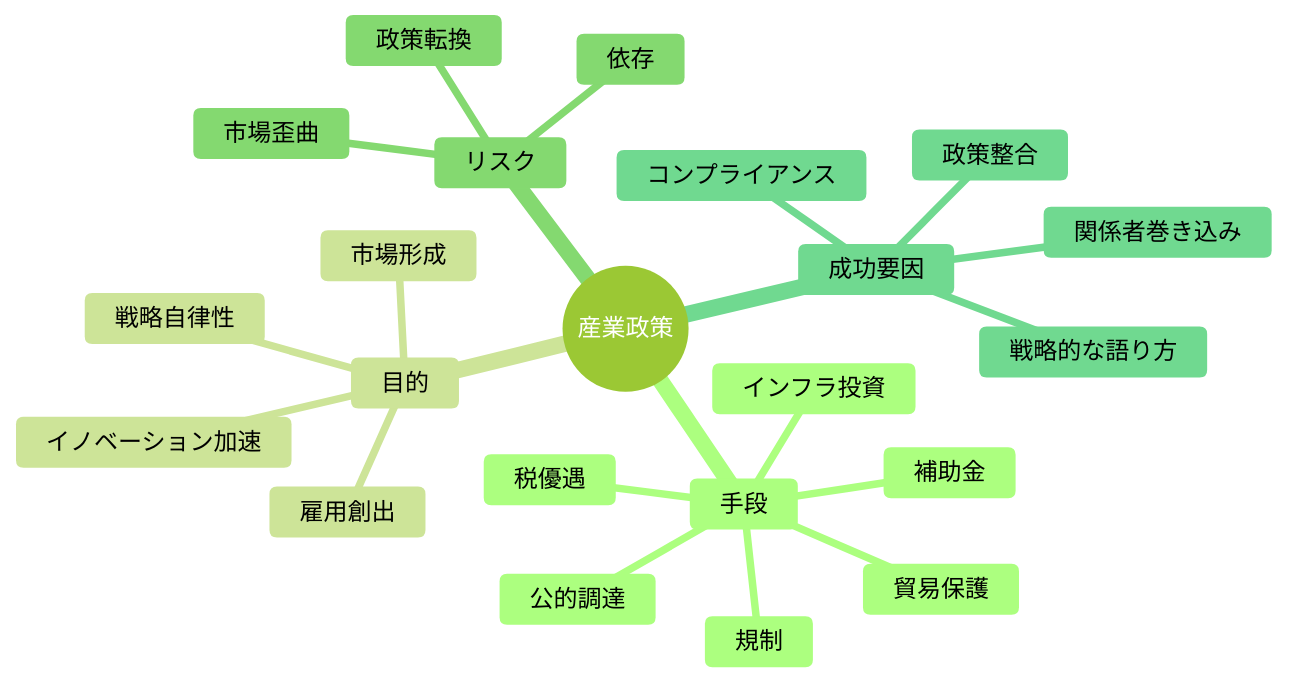
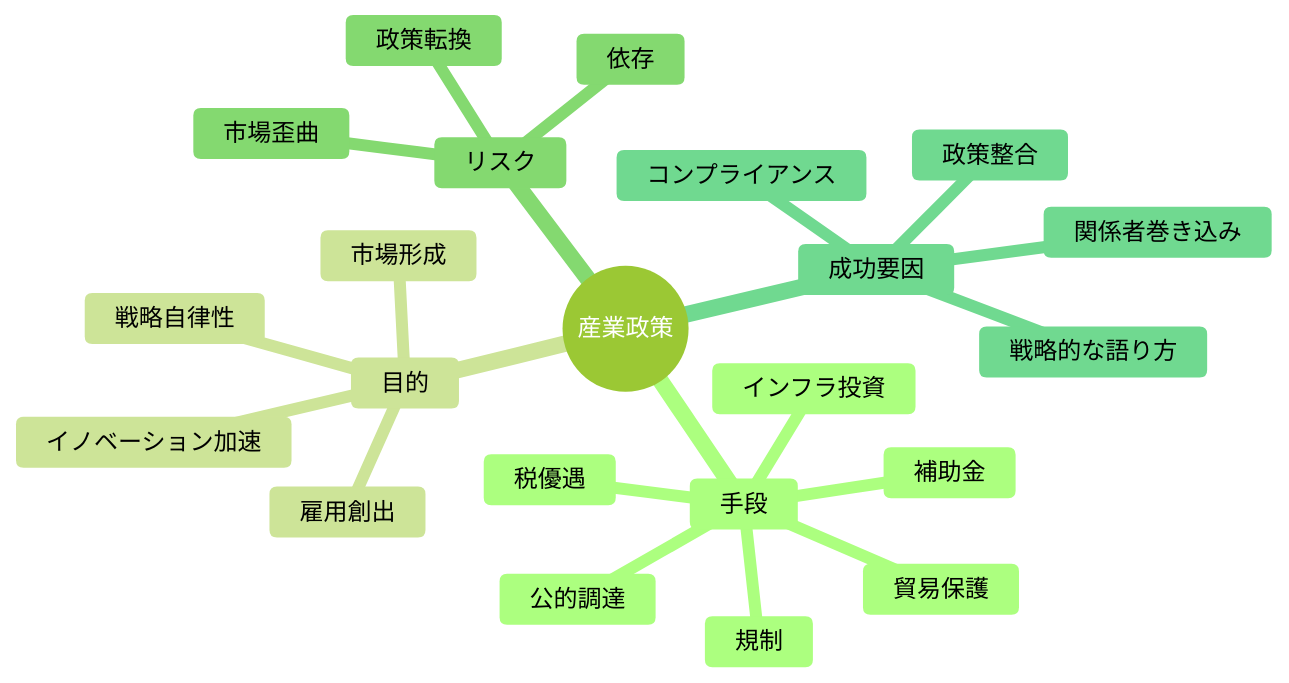
One commit to wardley-leadership-strategies-ja/wardley-leadership-strategies-ja.github.io changed the diagram in docs/strategies/accelerators/industrial-policy/index.md. Above: the diagram before and after it, drawn with Mermaid (forest theme). The commit also changed other lines of this file and 142 other files, not shown here.

````diff
--- a/docs/strategies/accelerators/industrial-policy/index.md
+++ b/docs/strategies/accelerators/industrial-policy/index.md
@@ -96,25 +96,25 @@
 ```mermaid
 mindmap
-  root((産業政策))
-    手段
-      補助金
-      税優遇
-      公的調達
-      規制
-      インフラ投資
-      貿易保護
-    目的
-      イノベーション加速
-      市場形成
-      戦略自律性
-      雇用創出
-    リスク
-      政策転換
-      依存
-      市場歪曲
-    成功要因
-      政策整合
-      戦略的な語り方
-      関係者巻き込み
-      コンプライアンス
+ root((産業政策))
+  手段
+   補助金
+   税優遇
+   公的調達
+   規制
+   インフラ投資
+   貿易保護
+  目的
+   イノベーション加速
+   市場形成
+   戦略自律性
+   雇用創出
+  リスク
+   政策転換
+   依存
+   市場歪曲
+  成功要因
+   政策整合
+   戦略的な語り方
+   関係者巻き込み
+   コンプライアンス
 ```
````
